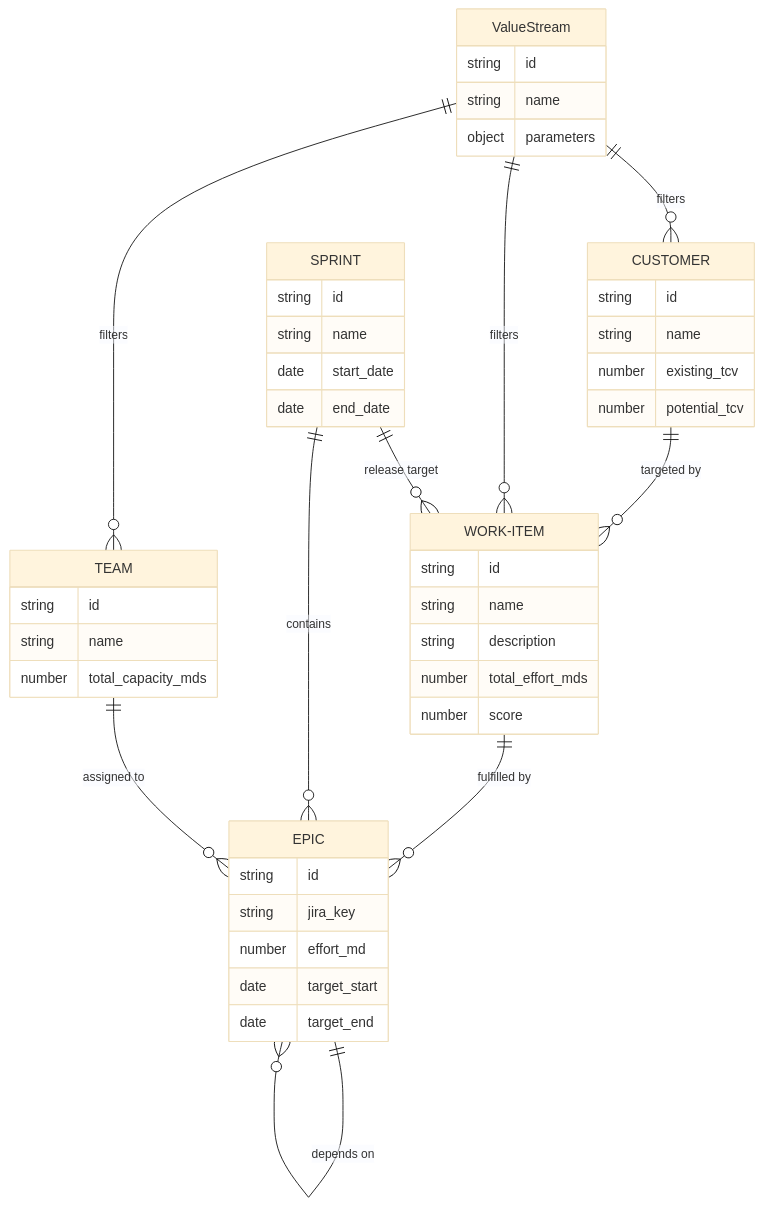
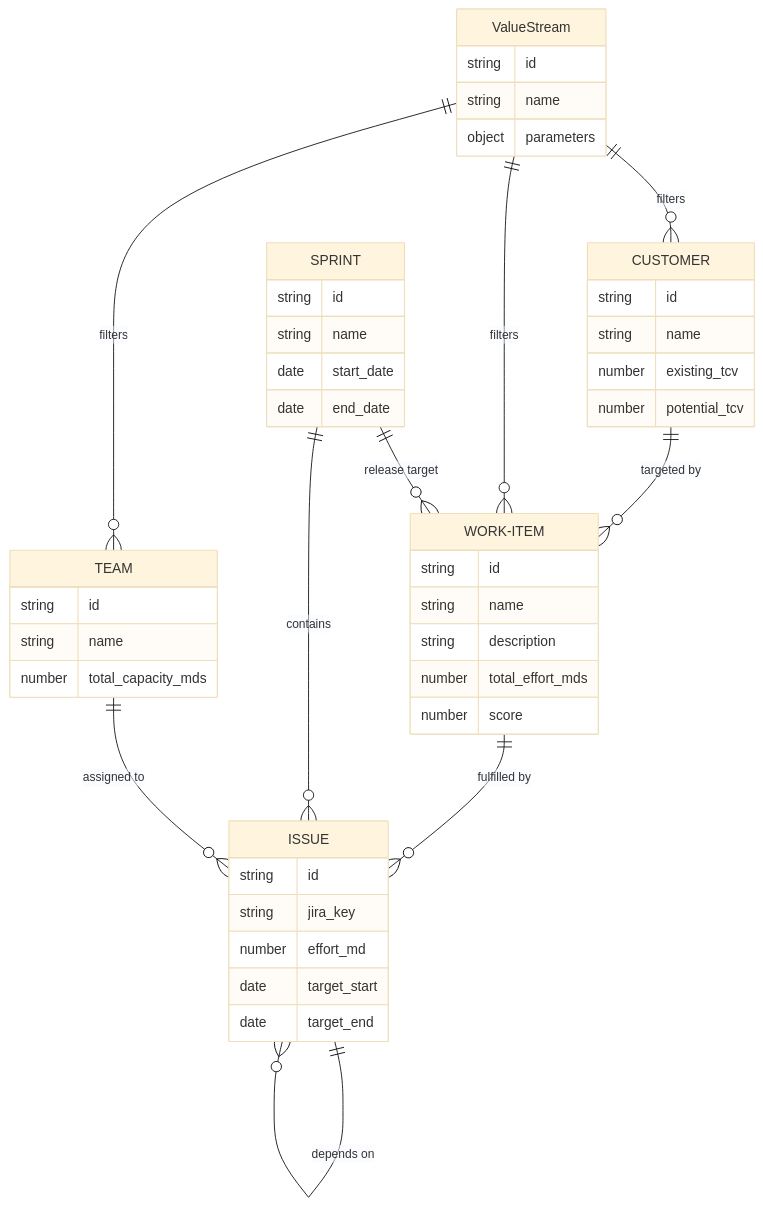
Before and after one commit to AlesKracik/ValueStream-DependencyTree: the fourth of 4 diagrams in doc/ARCHITECTURE.md, drawn with Mermaid (base theme). The commit also changed other lines of this file and 63 other files, not shown here.

````diff
--- a/doc/ARCHITECTURE.md
+++ b/doc/ARCHITECTURE.md
@@ -231,49 +231,49 @@
 ```mermaid
 erDiagram
     CUSTOMER {
         string id
         string name
         number existing_tcv
         number potential_tcv
     }
     WORK-ITEM {
         string id
         string name
         string description
         number total_effort_mds
         number score
     }
-    EPIC {
+    ISSUE {
         string id
         string jira_key
         number effort_md
         date target_start
         date target_end
     }
     TEAM {
         string id
         string name
         number total_capacity_mds
     }
     SPRINT {
         string id
         string name
         date start_date
         date end_date
     }
     ValueStream {
         string id
         string name
         object parameters
     }
 
     CUSTOMER ||--o{ WORK-ITEM : "targeted by"
-    WORK-ITEM ||--o{ EPIC : "fulfilled by"
-    TEAM ||--o{ EPIC : "assigned to"
+    WORK-ITEM ||--o{ ISSUE : "fulfilled by"
+    TEAM ||--o{ ISSUE : "assigned to"
     SPRINT ||--o{ WORK-ITEM : "release target"
-    SPRINT ||--o{ EPIC : "contains"
-    EPIC ||--o{ EPIC : "depends on"
+    SPRINT ||--o{ ISSUE : "contains"
+    ISSUE ||--o{ ISSUE : "depends on"
     ValueStream ||--o{ CUSTOMER : "filters"
     ValueStream ||--o{ WORK-ITEM : "filters"
     ValueStream ||--o{ TEAM : "filters"
 ```
````
